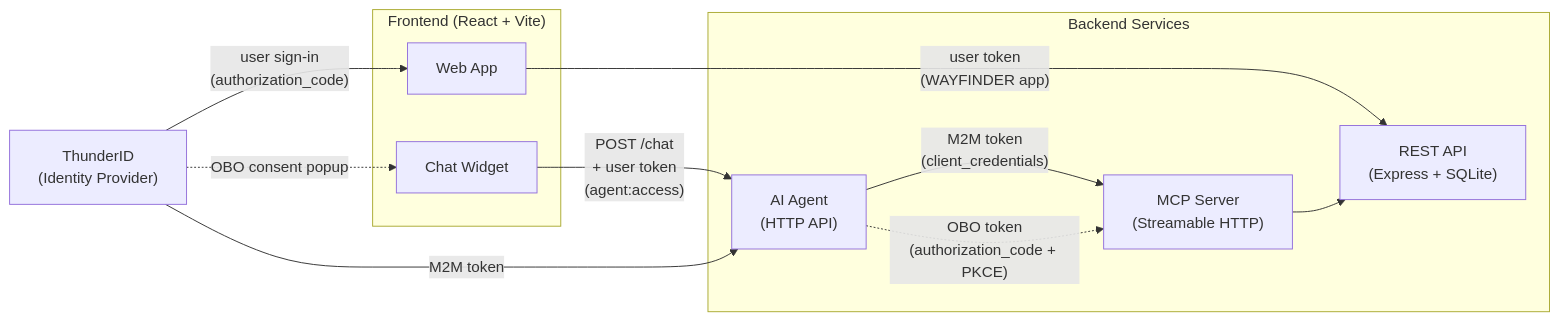
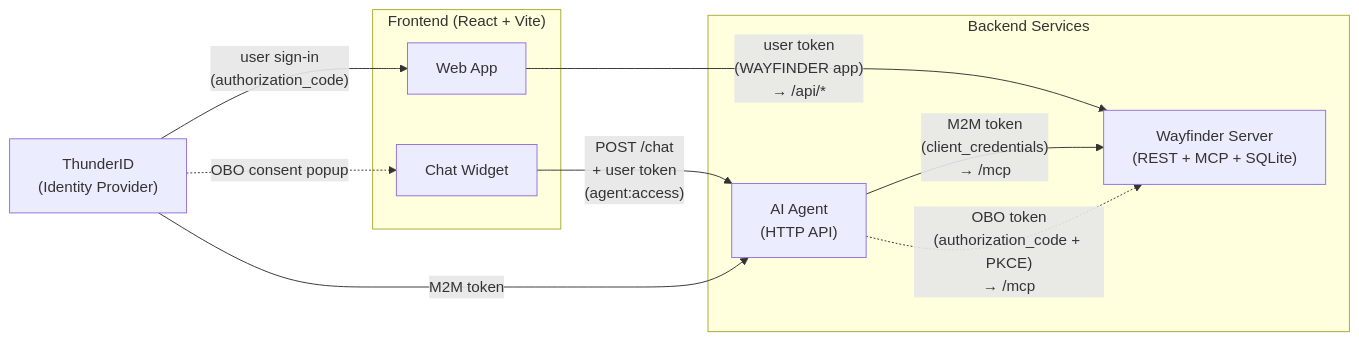
Before and after one commit to thiva-k/thunder: the diagram in samples/apps/wayfinder-sample/README.md, drawn with Mermaid. The commit also changed other lines of this file and 25 other files, not shown here.

````diff
--- a/samples/apps/wayfinder-sample/README.md
+++ b/samples/apps/wayfinder-sample/README.md
@@ -11,25 +11,23 @@
 ```mermaid
 graph LR
     subgraph Frontend["Frontend (React + Vite)"]
         UI["Web App"]
         Chat["Chat Widget"]
     end
 
     subgraph Backend["Backend Services"]
         Agent["AI Agent<br/>(HTTP API)"]
-        MCP["MCP Server<br/>(Streamable HTTP)"]
-        API["REST API<br/>(Express + SQLite)"]
+        Wayfinder["Wayfinder Server<br/>(REST + MCP + SQLite)"]
     end
 
     Thunder["ThunderID<br/>(Identity Provider)"]
 
-    UI -- "user token<br/>(WAYFINDER app)" --> API
+    UI -- "user token<br/>(WAYFINDER app)<br/>→ /api/*" --> Wayfinder
     Chat -- "POST /chat<br/>+ user token<br/>(agent:access)" --> Agent
-    Agent -- "M2M token<br/>(client_credentials)" --> MCP
-    Agent -. "OBO token<br/>(authorization_code + PKCE)" .-> MCP
-    MCP --> API
+    Agent -- "M2M token<br/>(client_credentials)<br/>→ /mcp" --> Wayfinder
+    Agent -. "OBO token<br/>(authorization_code + PKCE)<br/>→ /mcp" .-> Wayfinder
 
     Thunder -- "user sign-in<br/>(authorization_code)" --> UI
     Thunder -- "M2M token" --> Agent
     Thunder -. "OBO consent popup" .-> Chat
 ```
````
